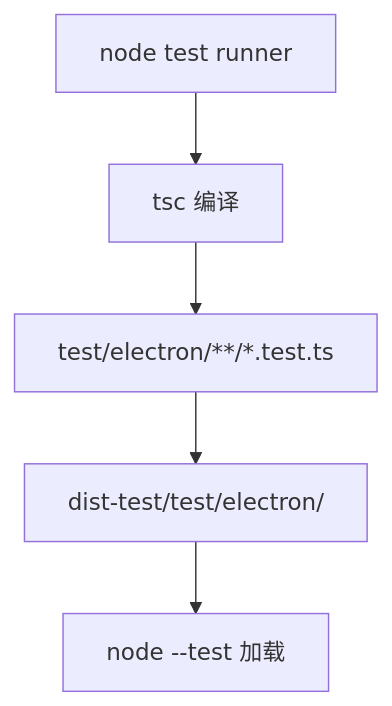
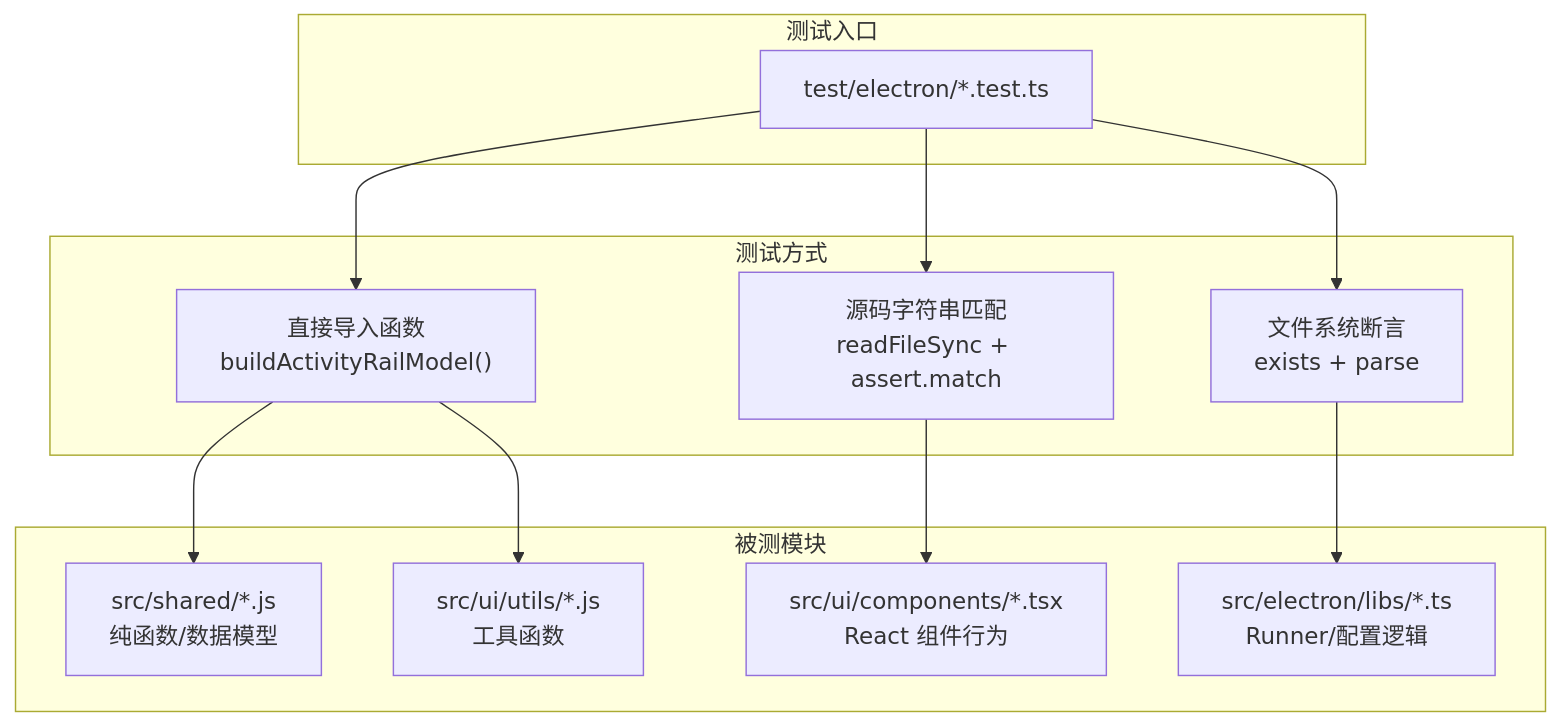
Before and after one commit to lst016/tech-cc-hub: the first of 3 diagrams in .tech/repowiki/zh/content/核心模块规格/测试体系总览.md, drawn with Mermaid. The commit also changed other lines of this file and 195 other files, not shown here.

````diff
--- a/.tech/repowiki/zh/content/核心模块规格/测试体系总览.md
+++ b/.tech/repowiki/zh/content/核心模块规格/测试体系总览.md
@@ -87,7 +56,27 @@
 ```mermaid
-flowchart TD
-    A[node test runner] --> B["tsc 编译"]
-    B --> C["test/electron/**/*.test.ts"]
-    C --> D["dist-test/test/electron/"]
-    D --> E["node --test 加载"]
+graph TB
+    subgraph "测试入口"
+        A["test/electron/*.test.ts"]
+    end
+
+    subgraph "被测模块"
+        B["src/shared/*.js<br/>纯函数/数据模型"]
+        C["src/ui/utils/*.js<br/>工具函数"]
+        D["src/ui/components/*.tsx<br/>React 组件行为"]
+        E["src/electron/libs/*.ts<br/>Runner/配置逻辑"]
+    end
+
+    subgraph "测试方式"
+        F["直接导入函数<br/>buildActivityRailModel()"]
+        G["源码字符串匹配<br/>readFileSync + assert.match"]
+        H["文件系统断言<br/>exists + parse"]
+    end
+
+    A --> F
+    A --> G
+    A --> H
+    F --> B
+    F --> C
+    G --> D
+    H --> E
 ```
````
